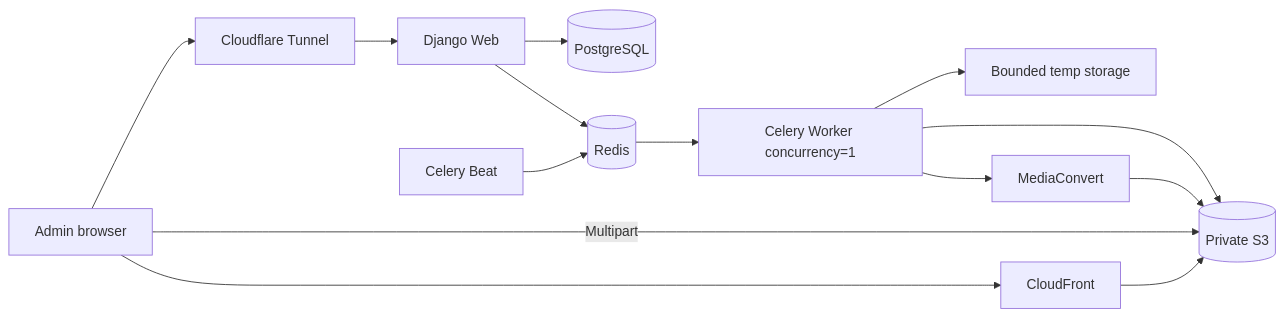
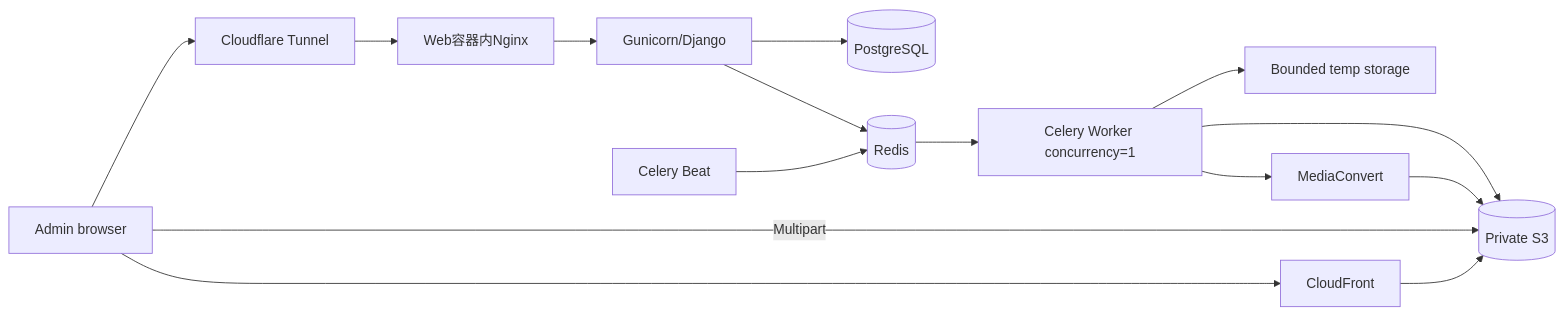
Before and after one commit to caoyjie/mediacms: the second of 4 diagrams in docs/superpowers/specs/aws-backend-integration/10-test-and-deployment-plan.md, drawn with Mermaid. The commit also changed other lines of this file and 1 other file, not shown here.

````diff
--- a/docs/superpowers/specs/aws-backend-integration/10-test-and-deployment-plan.md
+++ b/docs/superpowers/specs/aws-backend-integration/10-test-and-deployment-plan.md
@@ -106,15 +115,16 @@
 ```mermaid
 flowchart LR
     ADMIN[Admin browser] --> TUNNEL[Cloudflare Tunnel]
-    TUNNEL --> WEB[Django Web]
+    TUNNEL --> NGINX[Web容器内Nginx]
+    NGINX --> WEB[Gunicorn/Django]
     WEB --> DB[(PostgreSQL)]
     WEB --> REDIS[(Redis)]
     REDIS --> WORKER[Celery Worker concurrency=1]
     BEAT[Celery Beat] --> REDIS
     ADMIN -->|Multipart| S3[(Private S3)]
     WORKER --> TEMP[Bounded temp storage]
     WORKER --> S3
     WORKER --> MC[MediaConvert]
     MC --> S3
     ADMIN --> CF[CloudFront] --> S3
 ```
````
